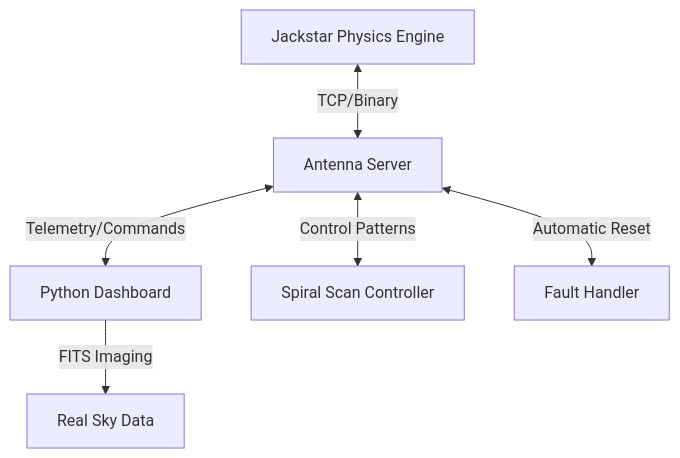
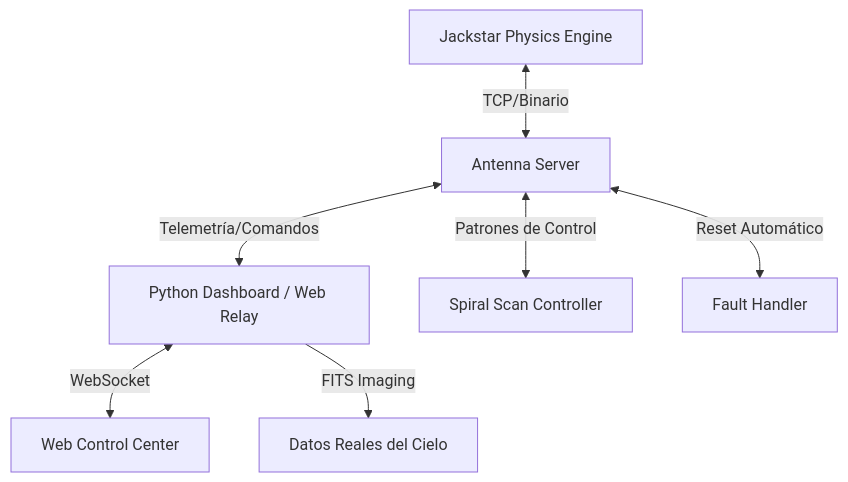
The diagram in README.md (JackStar6677-1/AstroControlSim), drawn with Mermaid before and after one commit. The commit also changed other lines of this file, not shown here.

````diff
--- a/README.md
+++ b/README.md
@@ -16,8 +16,9 @@
 ```mermaid
 graph TD
-    A[Jackstar Physics Engine] <-->|TCP/Binary| B[Antenna Server]
-    B <-->|Telemetry/Commands| C[Python Dashboard]
-    B <-->|Control Patterns| D[Spiral Scan Controller]
-    B <-->|Automatic Reset| E[Fault Handler]
-    C -->|FITS Imaging| F[Real Sky Data]
+    A[Jackstar Physics Engine] <-->|TCP/Binario| B[Antenna Server]
+    B <-->|Telemetría/Comandos| C[Python Dashboard / Web Relay]
+    C <-->|WebSocket| G[Web Control Center]
+    B <-->|Patrones de Control| D[Spiral Scan Controller]
+    B <-->|Reset Automático| E[Fault Handler]
+    C -->|FITS Imaging| F[Datos Reales del Cielo]
 ```
````
